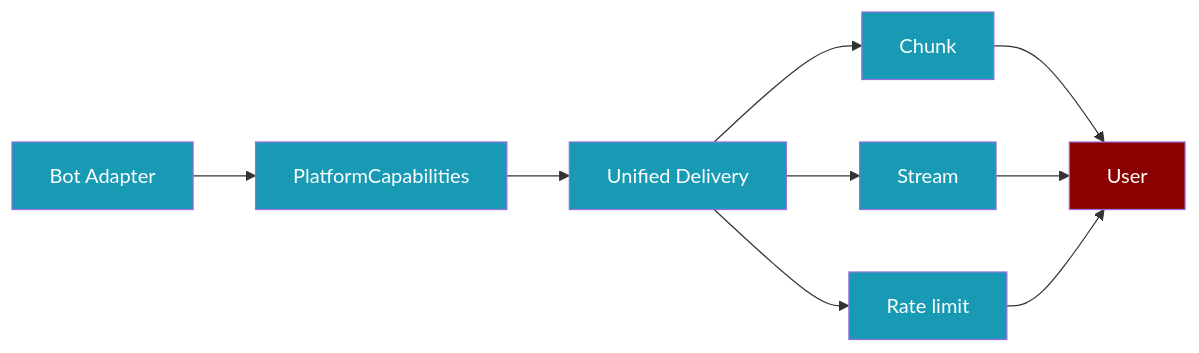
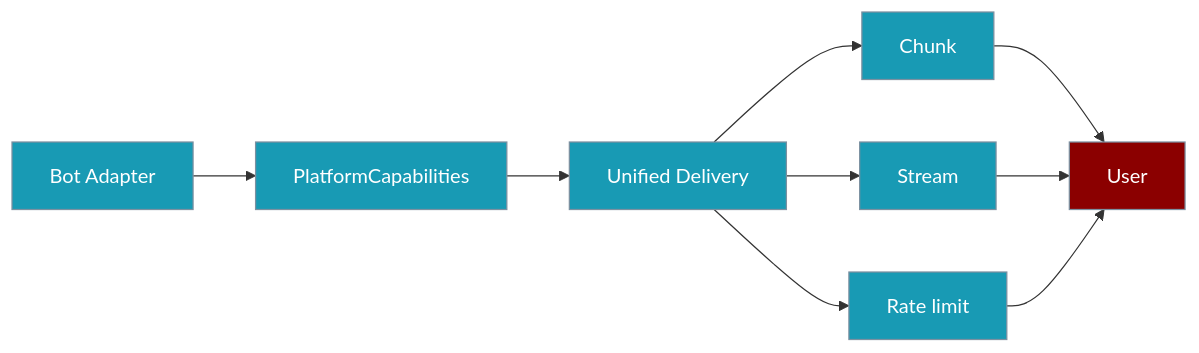
Before and after one commit to MervinPraison/PraisonAIDocs: the first of 2 diagrams in docs/features/bot-platform-capabilities.mdx, drawn with Mermaid. The commit also changed 3 other files, not shown here.

First line of the commit message:
docs: fix mermaid classDef stroke, sync botos.run(), remove unused import

````diff
--- a/docs/features/bot-platform-capabilities.mdx
+++ b/docs/features/bot-platform-capabilities.mdx
@@ -24,17 +24,17 @@
 ```mermaid
 graph LR
     A[Bot Adapter] --> B[PlatformCapabilities]
     B --> C[Unified Delivery]
     C --> D[Chunk]
     C --> E[Stream]
     C --> F[Rate limit]
     D --> G[User]
     E --> G
     F --> G
 
-    classDef agent fill:#8B0000,color:#fff
-    classDef tool fill:#189AB4,color:#fff
+    classDef agent fill:#8B0000,stroke:#7C90A0,color:#fff
+    classDef tool fill:#189AB4,stroke:#7C90A0,color:#fff
 
     class G agent
     class A,B,C,D,E,F tool
 ```
````
